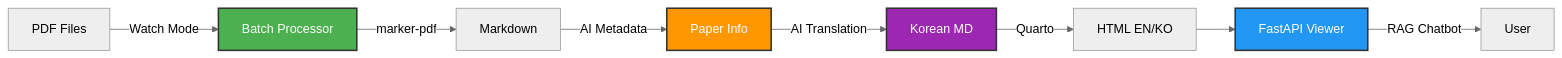
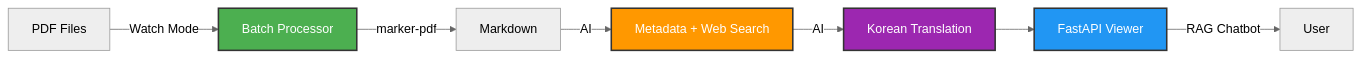
One commit to restful3/paperflow changed the first of 6 diagrams in README.md. Above: the diagram before and after it, drawn with Mermaid (neutral theme). The commit also changed other lines of this file and 3 other files, not shown here.

````diff
--- a/README.md
+++ b/README.md
@@ -25,15 +25,14 @@
 ```mermaid
 graph LR
     A[PDF Files] -->|Watch Mode| B[Batch Processor]
     B -->|marker-pdf| C[Markdown]
-    C -->|AI Metadata| D[Paper Info]
-    D -->|AI Translation| E[Korean MD]
-    E -->|Quarto| F[HTML EN/KO]
-    F --> G[FastAPI Viewer]
-    G -->|RAG Chatbot| H[User]
+    C -->|AI| D[Metadata + Web Search]
+    D -->|AI| E[Korean Translation]
+    E --> F[FastAPI Viewer]
+    F -->|RAG Chatbot| G[User]
 
     style B fill:#4CAF50,stroke:#333,stroke-width:2px,color:#fff
     style D fill:#FF9800,stroke:#333,stroke-width:2px,color:#fff
     style E fill:#9C27B0,stroke:#333,stroke-width:2px,color:#fff
-    style G fill:#2196F3,stroke:#333,stroke-width:2px,color:#fff
+    style F fill:#2196F3,stroke:#333,stroke-width:2px,color:#fff
 ```
````
